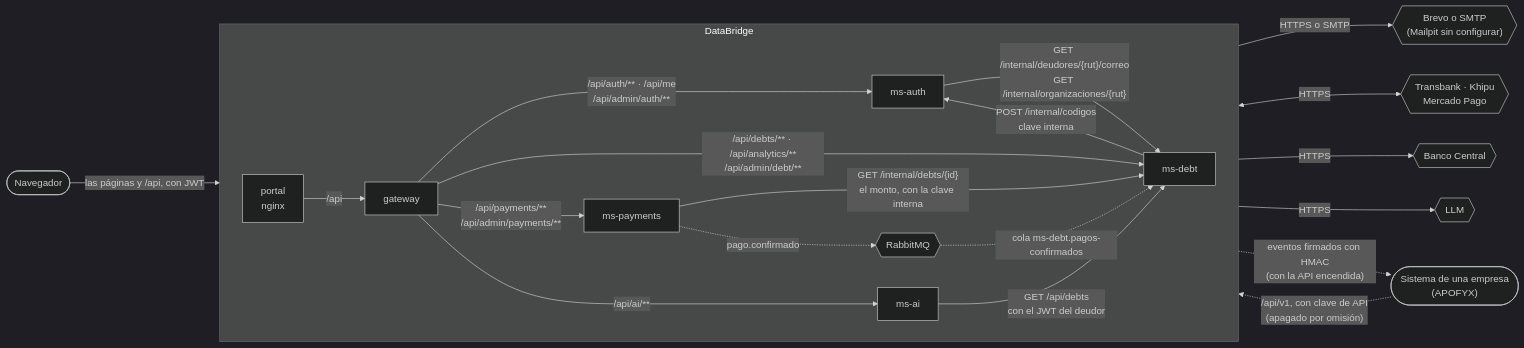
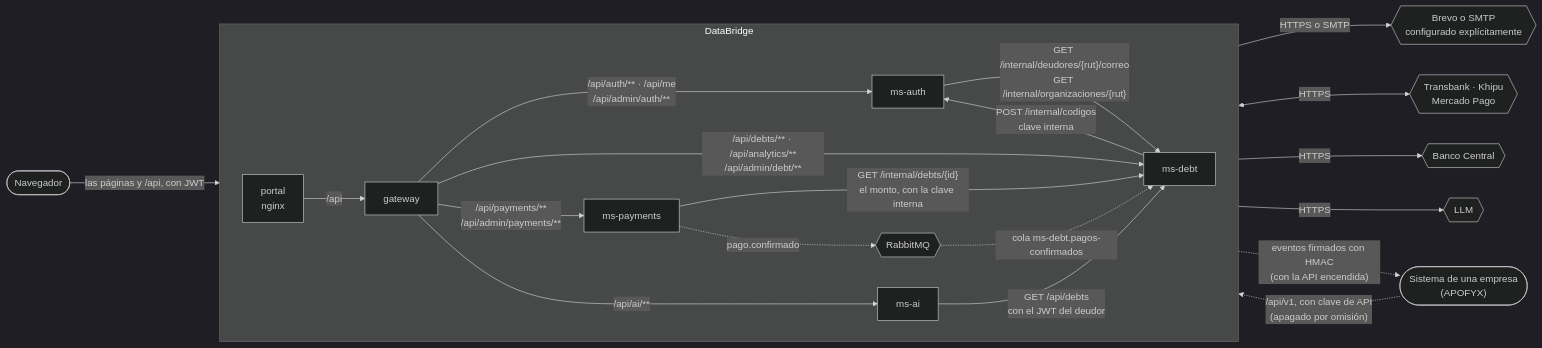
One commit to TechnicalBridge/DataBridge changed the second of 32 diagrams in README.md. Above: the diagram before and after it, drawn with Mermaid (dark theme). The commit also changed other lines of this file and 8 other files, not shown here.

First line of the commit message:
chore(correo): Retirar Mailpit de Docker Compose

````diff
--- a/README.md
+++ b/README.md
@@ -908,43 +925,43 @@
 ```mermaid
 flowchart LR
     NAV(["Navegador"])
     SIS(["Sistema de una empresa<br/>(APOFYX)"])
 
     subgraph TBW["DataBridge"]
         direction LR
         POR["portal<br/>nginx"]
         GW["gateway"]
         AUTH["ms-auth"]
         DEBT["ms-debt"]
         PAY["ms-payments"]
         AI["ms-ai"]
         MQ{{"RabbitMQ"}}
     end
 
-    CORREO{{"Brevo o SMTP<br/>(Mailpit sin configurar)"}}
+    CORREO{{"Brevo o SMTP<br/>configurado explícitamente"}}
     PAS{{"Transbank · Khipu<br/>Mercado Pago"}}
     BCC{{"Banco Central"}}
     LLM{{"LLM"}}
 
     NAV -->|"las páginas y /api, con JWT"| POR
     SIS -.->|"/api/v1, con clave de API<br/>(apagado por omisión)"| POR
     POR -->|"/api"| GW
 
     GW -->|"/api/auth/** · /api/me<br/>/api/admin/auth/**"| AUTH
     GW -->|"/api/debts/** · /api/analytics/**<br/>/api/admin/debt/**"| DEBT
     GW -->|"/api/payments/**<br/>/api/admin/payments/**"| PAY
     GW -->|"/api/ai/**"| AI
 
     DEBT -->|"POST /internal/codigos<br/>clave interna"| AUTH
     AUTH -->|"GET /internal/deudores/{rut}/correo<br/>GET /internal/organizaciones/{rut}"| DEBT
     PAY -->|"GET /internal/debts/{id}<br/>el monto, con la clave interna"| DEBT
     PAY -.->|"pago.confirmado"| MQ
     MQ -.->|"cola ms-debt.pagos-confirmados"| DEBT
     AI -->|"GET /api/debts<br/>con el JWT del deudor"| DEBT
 
     AUTH -->|"HTTPS o SMTP"| CORREO
     PAY <-->|"HTTPS"| PAS
     PAY -->|"HTTPS"| BCC
     AI -->|"HTTPS"| LLM
     DEBT -.->|"eventos firmados con HMAC<br/>(con la API encendida)"| SIS
 ```
````
